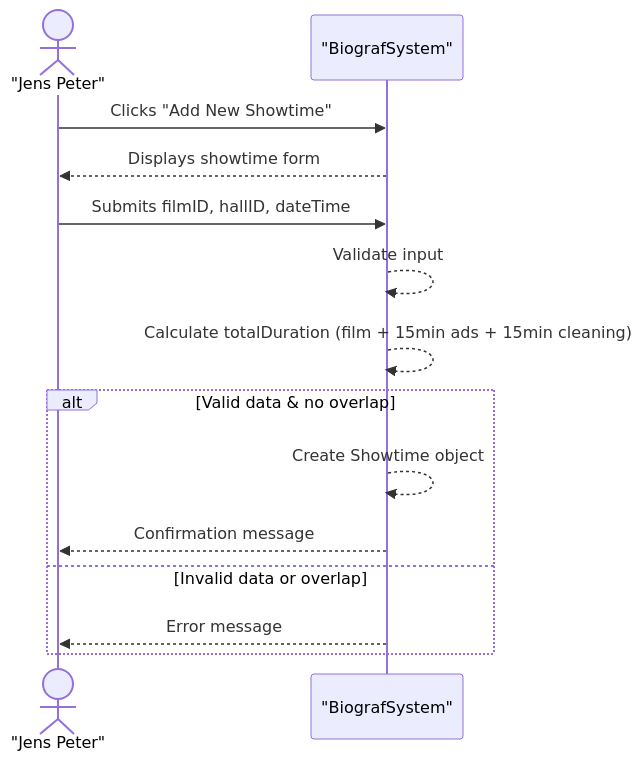
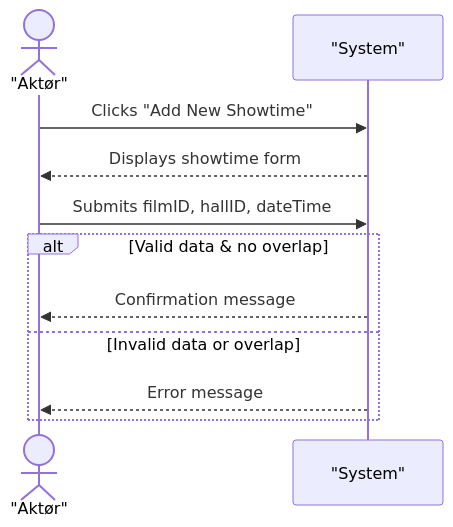
The diagram in docs/SSD S2 UC4.mmd (DMOoF25/TheMovie), drawn with Mermaid before and after one commit.

Commit message:
Update SSD S2 UC4.mmd

```diff
--- a/docs/SSD S2 UC4.mmd
+++ b/docs/SSD S2 UC4.mmd
@@ -1,16 +1,14 @@
 sequenceDiagram
-    actor JensPeter as "Jens Peter"
-    participant System as "BiografSystem"
+    actor JensPeter as "Aktør"
+    participant System as "System"
 
     JensPeter->>System: Clicks "Add New Showtime"
     System-->>JensPeter: Displays showtime form
 
     JensPeter->>System: Submits filmID, hallID, dateTime
-    System-->>System: Validate input
-    System-->>System: Calculate totalDuration (film + 15min ads + 15min cleaning)
+    
     alt Valid data & no overlap
-        System-->>System: Create Showtime object
-        System-->>JensPeter: Confirmation message
+         System-->>JensPeter: Confirmation message
     else Invalid data or overlap
         System-->>JensPeter: Error message
     end
```
